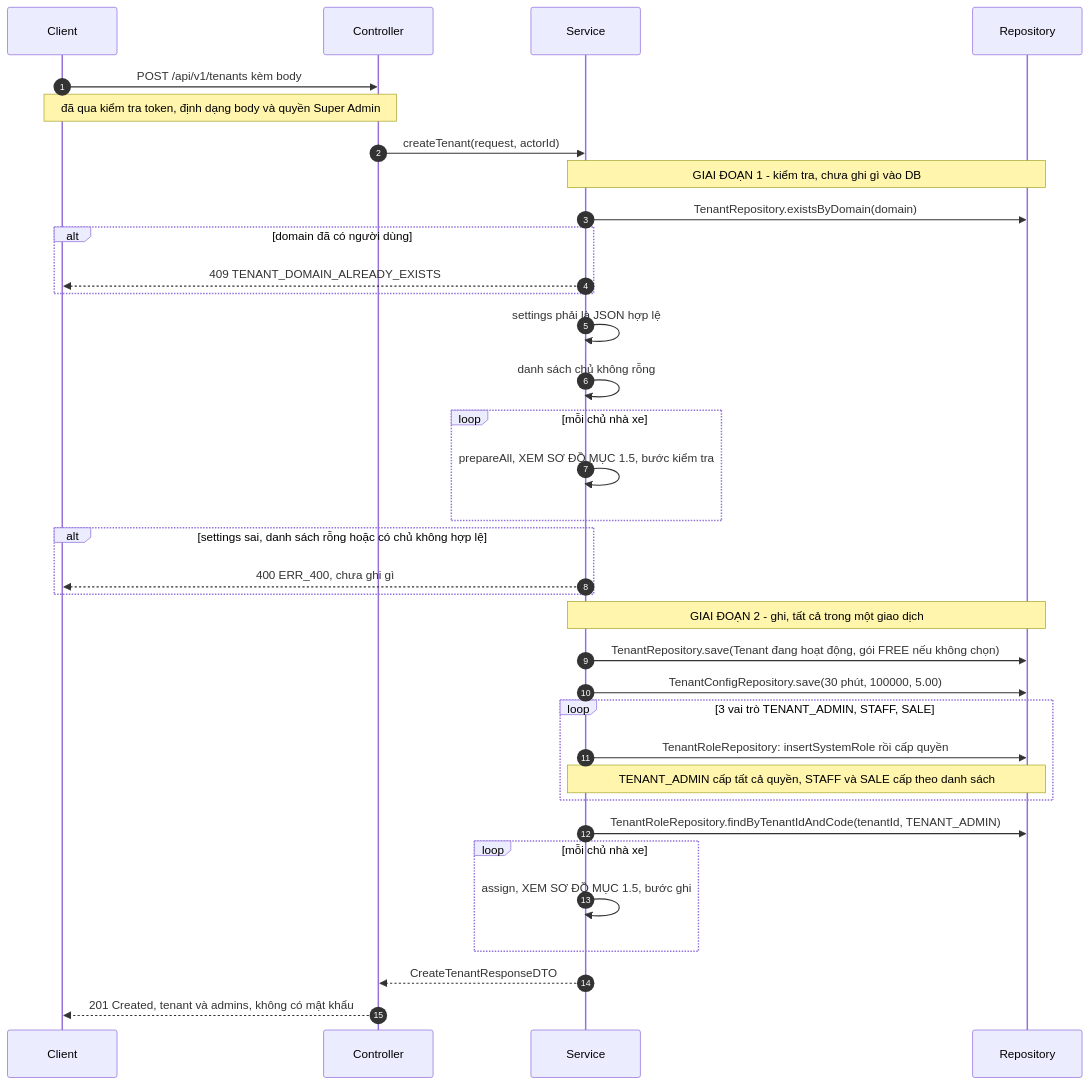
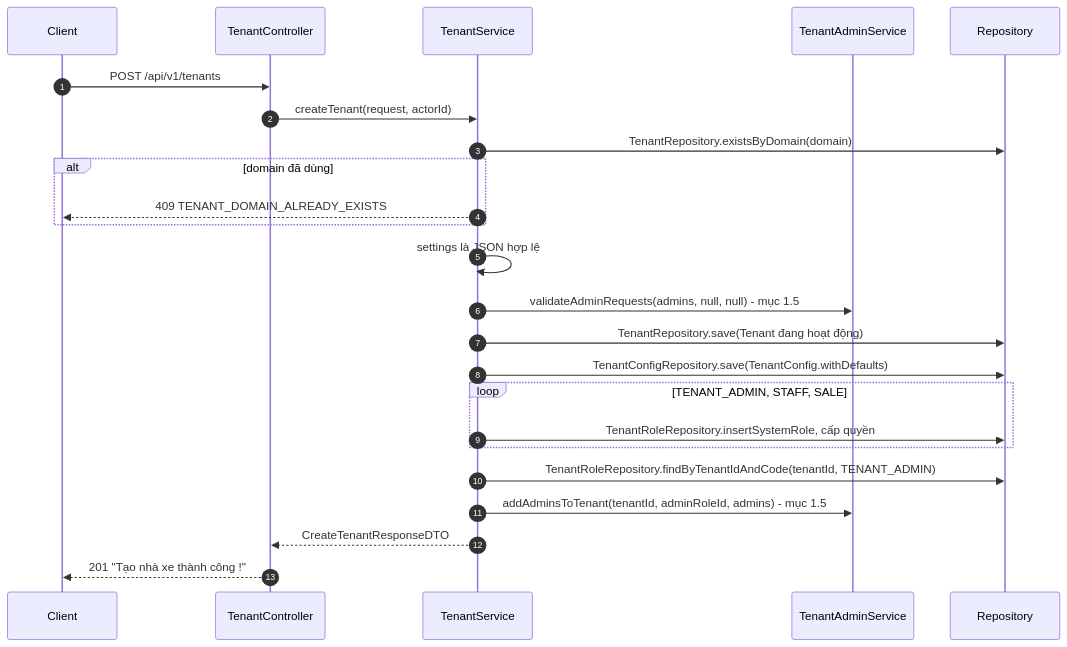
Before and after one commit to foodboi88/car-rental-saas: the third of 11 diagrams in docs/plans/tenant/2026-10-19-tenant-api-spec.md, drawn with Mermaid. The commit also changed other lines of this file and 9 other files, not shown here.

First line of the commit message:
feature/huynq7: chặn admins null, bổ sung test tenant, đồng bộ tài liệu

````diff
--- a/docs/plans/tenant/2026-10-19-tenant-api-spec.md
+++ b/docs/plans/tenant/2026-10-19-tenant-api-spec.md
@@ -152,37 +147,26 @@
 ```mermaid
 sequenceDiagram
   autonumber
   participant C as Client
-  participant K as Controller
-  participant S as Service
+  participant K as TenantController
+  participant T as TenantService
+  participant A as TenantAdminService
   participant R as Repository
-  C->>K: POST /api/v1/tenants kèm body
-  Note over C,K: đã qua kiểm tra token, định dạng body và quyền Super Admin
-  K->>S: createTenant(request, actorId)
-  Note over S,R: GIAI ĐOẠN 1 - kiểm tra, chưa ghi gì vào DB
-  S->>R: TenantRepository.existsByDomain(domain)
-  alt domain đã có người dùng
-    S-->>C: 409 TENANT_DOMAIN_ALREADY_EXISTS
+  C->>K: POST /api/v1/tenants
+  K->>T: createTenant(request, actorId)
+  T->>R: TenantRepository.existsByDomain(domain)
+  alt domain đã dùng
+    T-->>C: 409 TENANT_DOMAIN_ALREADY_EXISTS
   end
-  S->>S: settings phải là JSON hợp lệ
-  S->>S: danh sách chủ không rỗng
-  loop mỗi chủ nhà xe
-    S->>S: prepareAll, XEM SƠ ĐỒ MỤC 1.5, bước kiểm tra
+  T->>T: settings là JSON hợp lệ
+  T->>A: validateAdminRequests(admins, null, null) - mục 1.5
+  T->>R: TenantRepository.save(Tenant đang hoạt động)
+  T->>R: TenantConfigRepository.save(TenantConfig.withDefaults)
+  loop TENANT_ADMIN, STAFF, SALE
+    T->>R: TenantRoleRepository.insertSystemRole, cấp quyền
   end
-  alt settings sai, danh sách rỗng hoặc có chủ không hợp lệ
-    S-->>C: 400 ERR_400, chưa ghi gì
-  end
-  Note over S,R: GIAI ĐOẠN 2 - ghi, tất cả trong một giao dịch
-  S->>R: TenantRepository.save(Tenant đang hoạt động, gói FREE nếu không chọn)
-  S->>R: TenantConfigRepository.save(30 phút, 100000, 5.00)
-  loop 3 vai trò TENANT_ADMIN, STAFF, SALE
-    S->>R: TenantRoleRepository: insertSystemRole rồi cấp quyền
-    Note over S,R: TENANT_ADMIN cấp tất cả quyền, STAFF và SALE cấp theo danh sách
-  end
-  S->>R: TenantRoleRepository.findByTenantIdAndCode(tenantId, TENANT_ADMIN)
-  loop mỗi chủ nhà xe
-    S->>S: assign, XEM SƠ ĐỒ MỤC 1.5, bước ghi
-  end
-  S-->>K: CreateTenantResponseDTO
-  K-->>C: 201 Created, tenant và admins, không có mật khẩu
+  T->>R: TenantRoleRepository.findByTenantIdAndCode(tenantId, TENANT_ADMIN)
+  T->>A: addAdminsToTenant(tenantId, adminRoleId, admins) - mục 1.5
+  T-->>K: CreateTenantResponseDTO
+  K-->>C: 201 "Tạo nhà xe thành công !"
 ```
````
